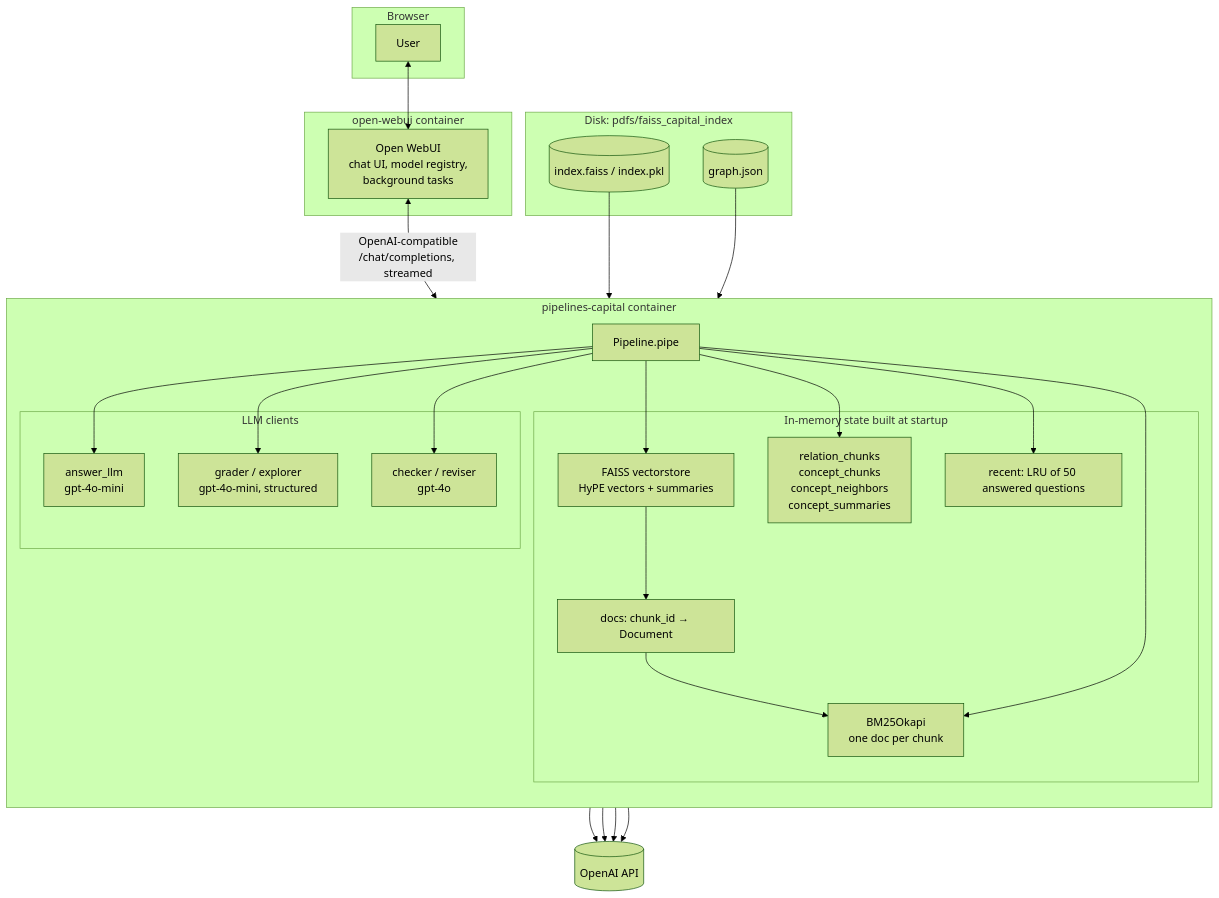
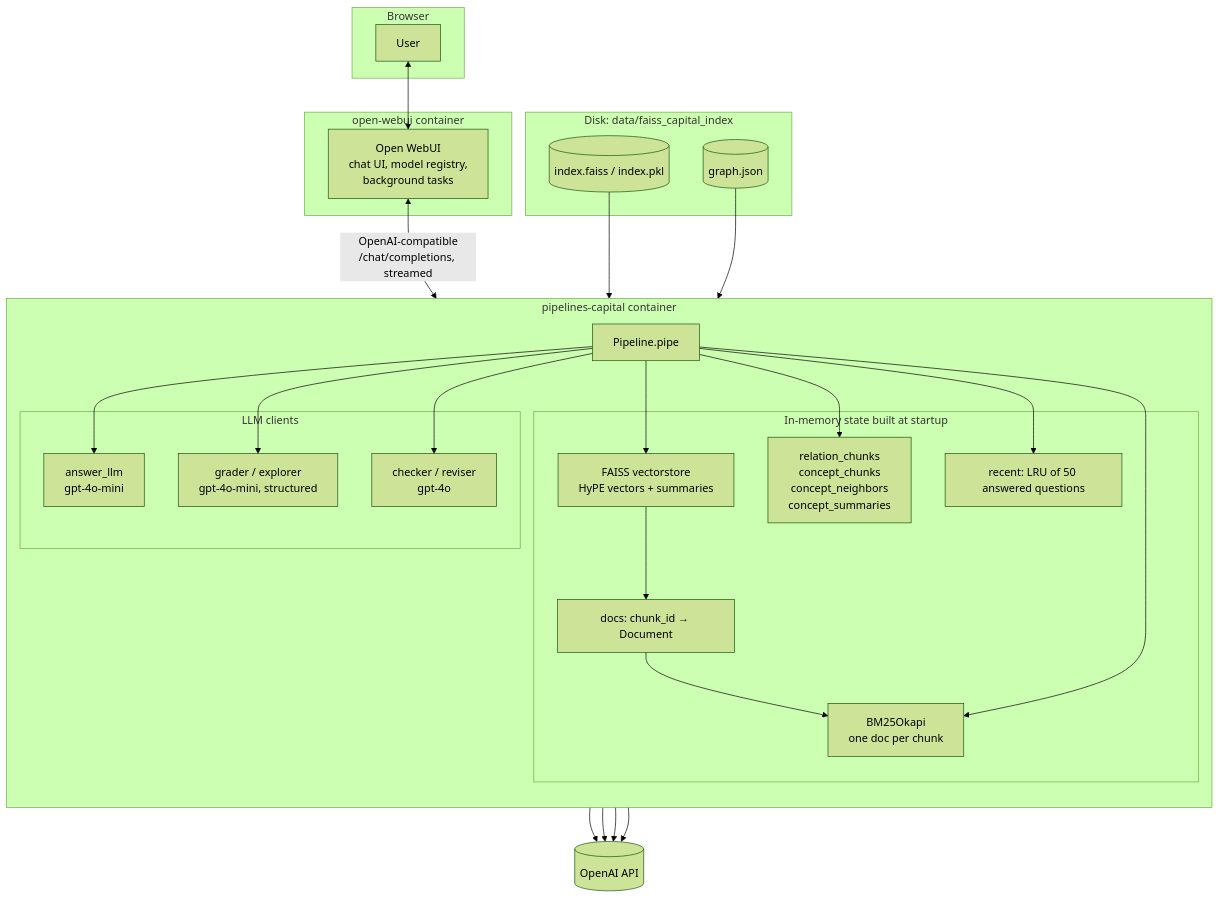
Before and after one commit to HaukeHoppe/MjoellnirAI: the first of 3 diagrams in docs/CAPITAL_RAG_BEST_PRACTICES.md, drawn with Mermaid (forest theme). The commit also changed other lines of this file and 11 other files, not shown here.

First line of the commit message:
refactor(docker): rename pdfs/ to data/

````diff
--- a/docs/CAPITAL_RAG_BEST_PRACTICES.md
+++ b/docs/CAPITAL_RAG_BEST_PRACTICES.md
@@ -53,39 +53,39 @@
 ```mermaid
 flowchart TB
     subgraph Browser
         U[User]
     end
     subgraph open-webui container
         OW[Open WebUI<br/>chat UI, model registry,<br/>background tasks]
     end
     subgraph pipelines-capital container
         direction TB
         P[Pipeline.pipe]
         subgraph In-memory state built at startup
             VS[FAISS vectorstore<br/>HyPE vectors + summaries]
             BM[BM25Okapi<br/>one doc per chunk]
             DOCS[docs: chunk_id → Document]
             G[relation_chunks<br/>concept_chunks<br/>concept_neighbors<br/>concept_summaries]
             R[recent: LRU of 50 answered questions]
         end
         subgraph LLM clients
             AL[answer_llm<br/>gpt-4o-mini]
             GL[grader / explorer<br/>gpt-4o-mini, structured]
             CL[checker / reviser<br/>gpt-4o]
         end
     end
-    subgraph Disk: pdfs/faiss_capital_index
+    subgraph Disk: data/faiss_capital_index
         F1[(index.faiss / index.pkl)]
         F2[(graph.json)]
     end
     OAI[(OpenAI API)]
 
     U <--> OW
     OW <-->|OpenAI-compatible<br/>/chat/completions, streamed| P
     F1 --> VS
     F2 --> G
     VS --> DOCS --> BM
     P --> VS & BM & G & R
     P --> AL & GL & CL
     AL & GL & CL & VS --> OAI
 ```
````
